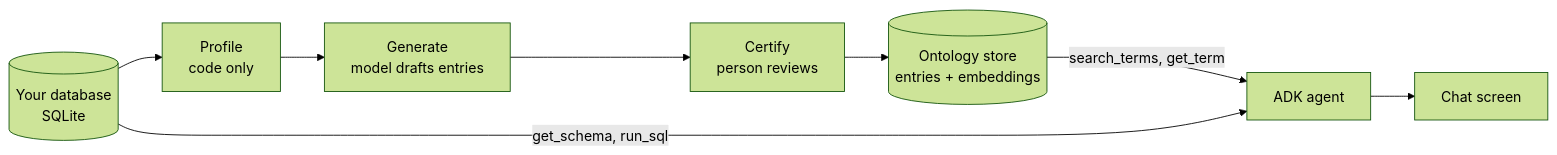
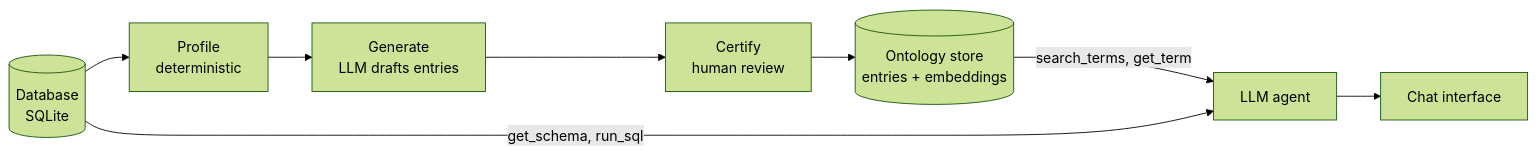
One commit to rickragv/ontology-layer changed the diagram in README.md. Above: the diagram before and after it, drawn with Mermaid (forest theme). The commit also changed other lines of this file and 2 other files, not shown here.

````diff
--- a/README.md
+++ b/README.md
@@ -52,10 +66,10 @@
 ```mermaid
 flowchart LR
-    D[(Your database<br/>SQLite)] --> P[Profile<br/>code only]
-    P --> G[Generate<br/>model drafts entries]
-    G --> C[Certify<br/>person reviews]
+    D[(Database<br/>SQLite)] --> P[Profile<br/>deterministic]
+    P --> G[Generate<br/>LLM drafts entries]
+    G --> C[Certify<br/>human review]
     C --> S[(Ontology store<br/>entries + embeddings)]
-    S -->|search_terms, get_term| A[ADK agent]
+    S -->|search_terms, get_term| A[LLM agent]
     D -->|get_schema, run_sql| A
-    A --> UI[Chat screen]
+    A --> UI[Chat interface]
 ```
````
